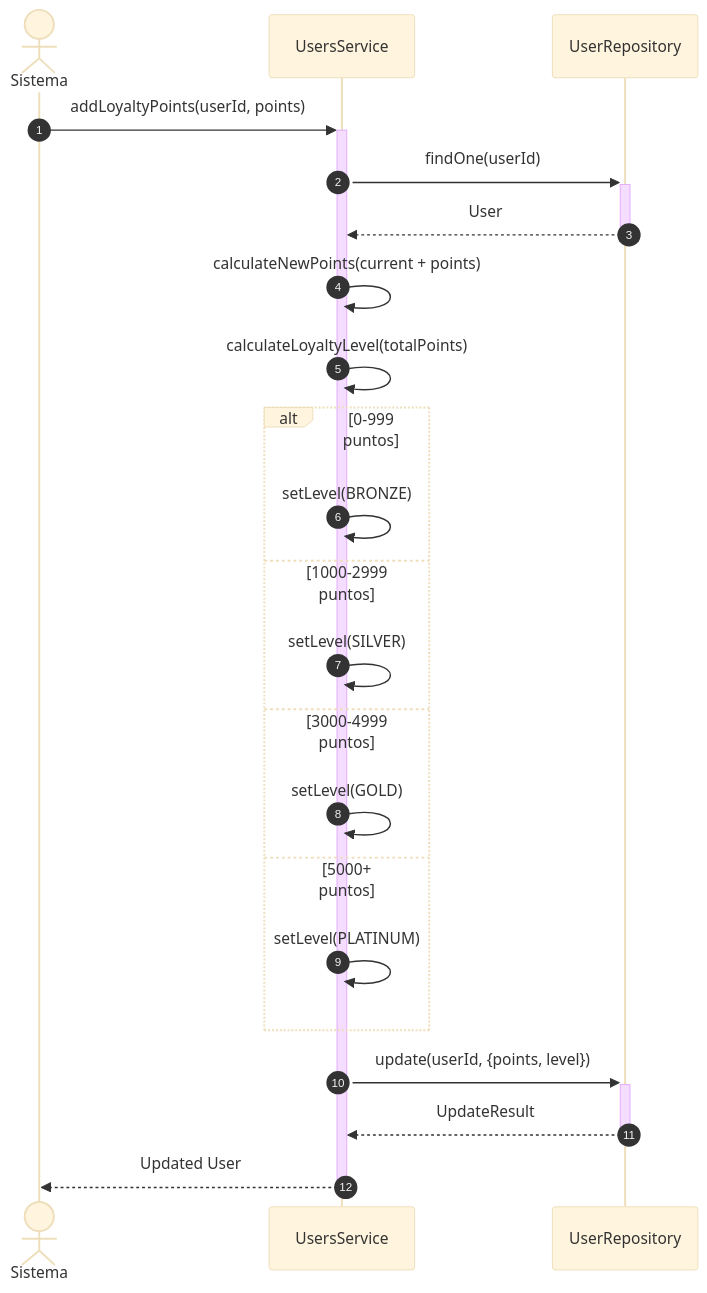
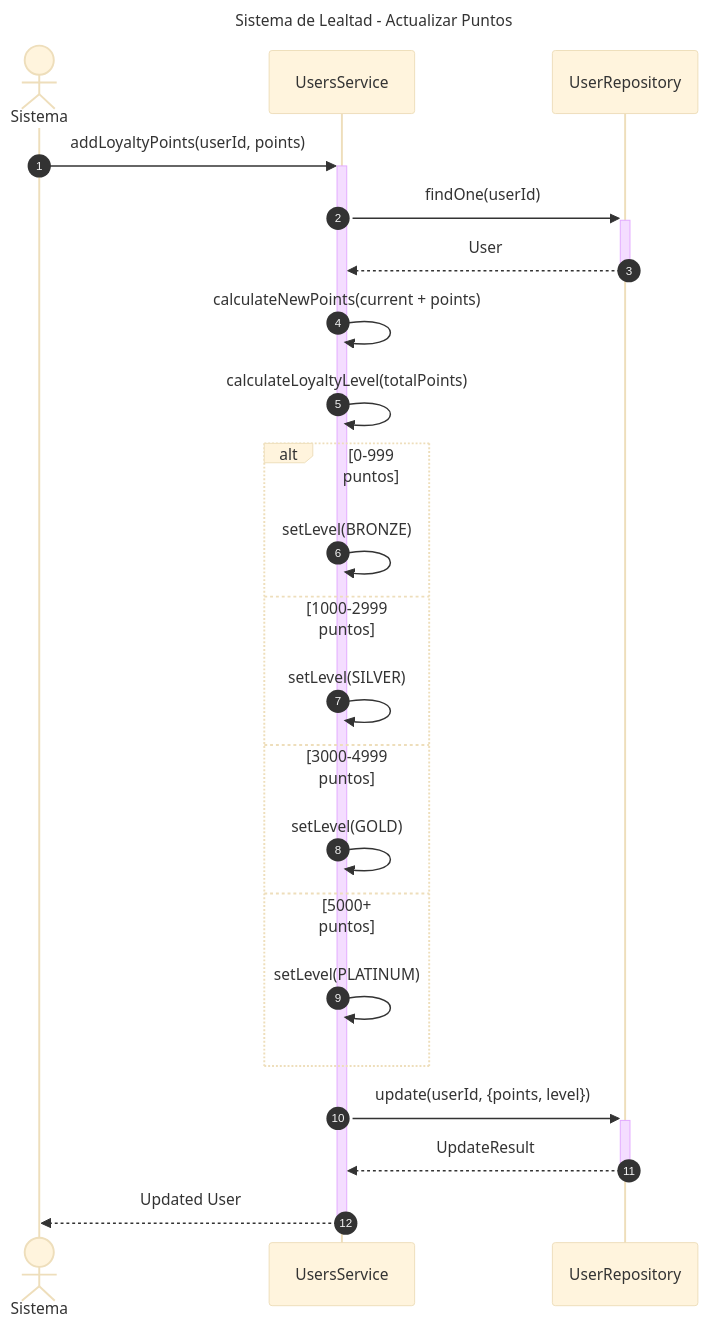
One commit to Nick220505/hotelier-backend changed the fourth of 7 diagrams in diagrams/sequence/users-sequence-diagram.md. Above: the diagram before and after it, drawn with Mermaid (base theme). The commit also changed other lines of this file and 5 other files, not shown here.

Commit message:
Add titles to sequence diagrams for Billing, Employees, Inventory, Reservations, Restaurant, and Users modules

````diff
--- a/diagrams/sequence/users-sequence-diagram.md
+++ b/diagrams/sequence/users-sequence-diagram.md
@@ -150,30 +159,33 @@
 ```mermaid
+---
+title: Sistema de Lealtad - Actualizar Puntos
+---
 sequenceDiagram
     autonumber
     actor Sistema
     participant UserService as UsersService
     participant UserRepo as UserRepository
 
     Sistema->>+UserService: addLoyaltyPoints(userId, points)
     
     UserService->>+UserRepo: findOne(userId)
     UserRepo-->>-UserService: User
     
     UserService->>UserService: calculateNewPoints(current + points)
     UserService->>UserService: calculateLoyaltyLevel(totalPoints)
     
     alt 0-999 puntos
         UserService->>UserService: setLevel(BRONZE)
     else 1000-2999 puntos
         UserService->>UserService: setLevel(SILVER)
     else 3000-4999 puntos
         UserService->>UserService: setLevel(GOLD)
     else 5000+ puntos
         UserService->>UserService: setLevel(PLATINUM)
     end
     
     UserService->>+UserRepo: update(userId, {points, level})
     UserRepo-->>-UserService: UpdateResult
     
     UserService-->>-Sistema: Updated User
 ```
````
